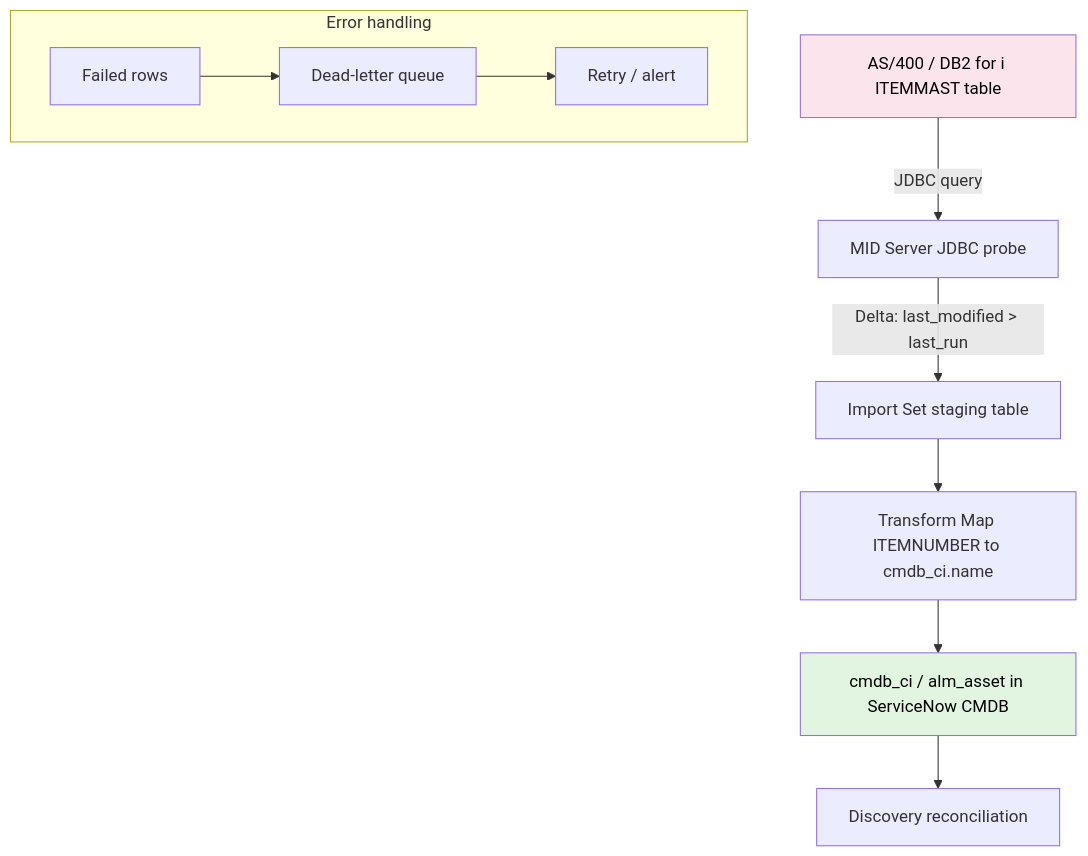
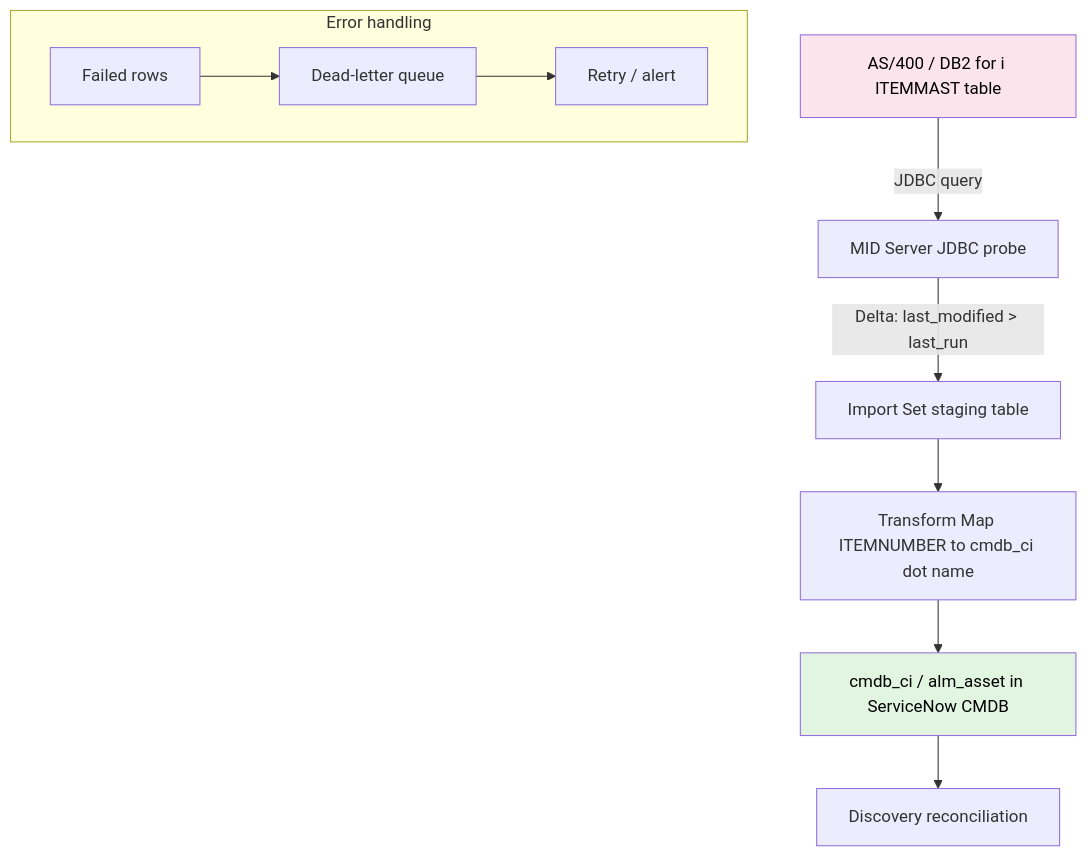
Before and after one commit to eltonaguiar/ServiceNow_Learning_TSOM-_CSM_FSM_SalesCRM_HAM_ITSM: the third of 6 diagrams in docs/modules/other/other-guide.md, drawn with Mermaid. The commit also changed other lines of this file and 19 other files, not shown here.

Commit message:
Fix all Mermaid diagram special characters - replace dollar, parens, slashes, quotes, pipes, nested brackets and other unsafe chars inside brackets with safe alternatives across 19 files

````diff
--- a/docs/modules/other/other-guide.md
+++ b/docs/modules/other/other-guide.md
@@ -1348,16 +1348,16 @@
 ```mermaid
 graph TD
     AS400[AS/400 / DB2 for i ITEMMAST table] -->|JDBC query| MID[MID Server JDBC probe]
     MID -->|Delta: last_modified > last_run| staging[Import Set staging table]
-    staging --> TM[Transform Map ITEMNUMBER to cmdb_ci.name]
+    staging --> TM[Transform Map ITEMNUMBER to cmdb_ci dot name]
     TM --> CMDB[cmdb_ci / alm_asset in ServiceNow CMDB]
     CMDB --> Disc[Discovery reconciliation]
 
     subgraph Error handling
         Fail[Failed rows] --> DL[Dead-letter queue]
         DL --> Retry[Retry / alert]
     end
 
     style AS400 fill:#fce4ec,color:#000
     style CMDB fill:#e1f5e1,color:#000
 ```
````
